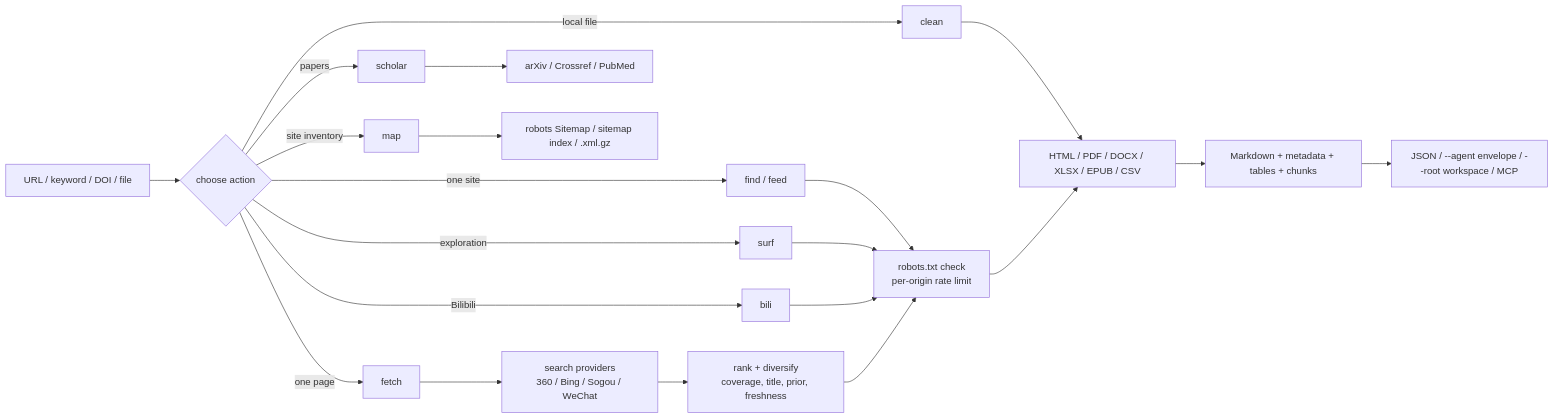
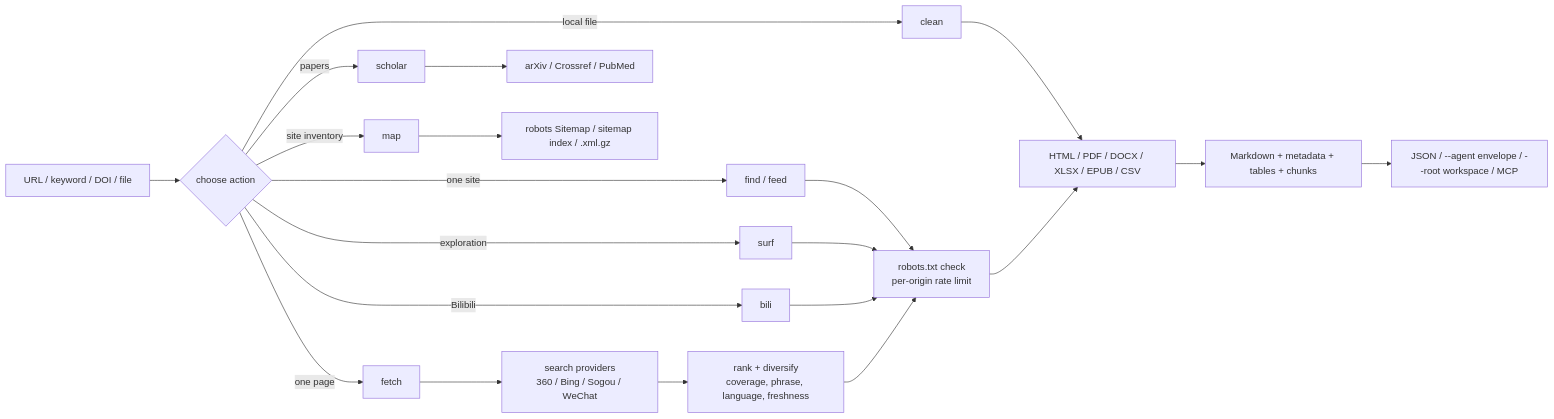
Before and after one commit to JiamingShi-JsPhys/web-forager: the diagram in README.md, drawn with Mermaid. The commit also changed other lines of this file and 67 other files, not shown here.

````diff
--- a/README.md
+++ b/README.md
@@ -247,24 +259,24 @@
 ```mermaid
 flowchart LR
     IN["URL / keyword / DOI / file"] --> SEL{"choose action"}
     SEL -->|one page| F["fetch"]
     SEL -->|one site| FD["find / feed"]
     SEL -->|local file| C["clean"]
     SEL -->|papers| S["scholar"]
     SEL -->|site inventory| M["map"]
     SEL -->|exploration| W["surf"]
     SEL -->|Bilibili| B["bili"]
 
     F --> SEARCH["search providers<br/>360 / Bing / Sogou / WeChat"]
     FD --> HTTP
     C --> EXT["HTML / PDF / DOCX / XLSX / EPUB / CSV"]
     S --> API["arXiv / Crossref / PubMed"]
     M --> SM["robots Sitemap / sitemap index / .xml.gz"]
     W --> HTTP
     B --> HTTP
-    SEARCH --> RANK["rank + diversify<br/>coverage, title, prior, freshness"]
+    SEARCH --> RANK["rank + diversify<br/>coverage, phrase, language, freshness"]
     RANK --> HTTP["robots.txt check<br/>per-origin rate limit"]
     HTTP --> EXT
     EXT --> MD["Markdown + metadata + tables + chunks"]
     MD --> OUT["JSON / --agent envelope / --root workspace / MCP"]
 ```
````
